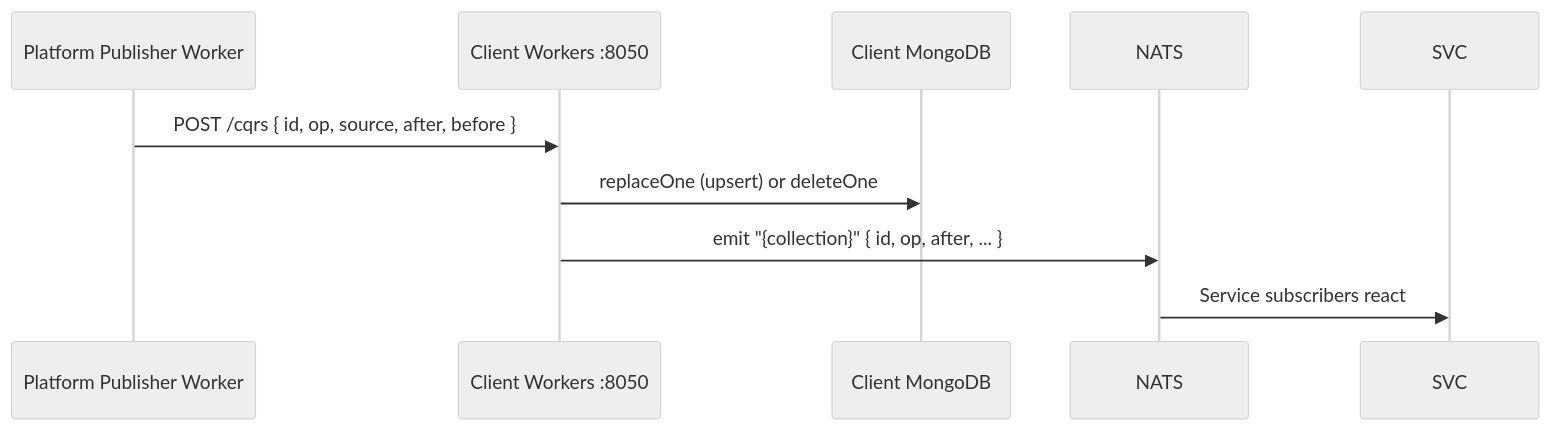
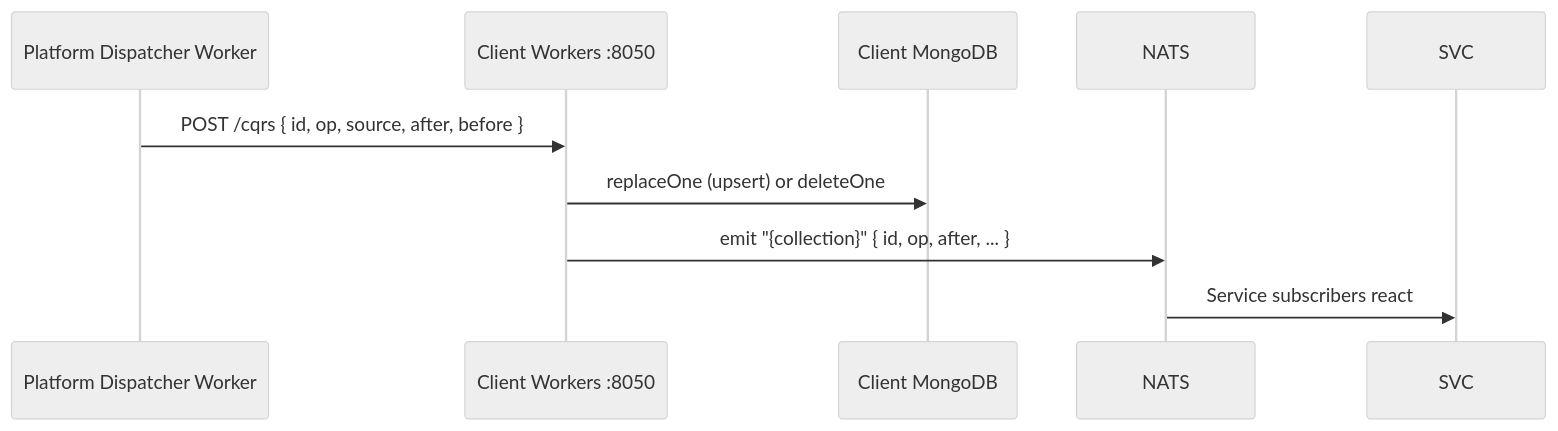
One commit to wenex-org/platform-docs changed the third of 3 diagrams in getting-started/overview/ecosystem/client-app.md. Above: the diagram before and after it, drawn with Mermaid (neutral theme). The commit also changed other lines of this file and 13 other files, not shown here.

````diff
--- a/getting-started/overview/ecosystem/client-app.md
+++ b/getting-started/overview/ecosystem/client-app.md
@@ -95,12 +95,12 @@
 ```mermaid
 sequenceDiagram
-    participant PUB as Platform Publisher Worker
+    participant PUB as Platform Dispatcher Worker
     participant WRK as Client Workers :8050
     participant CDB as Client MongoDB
     participant NATS as NATS
 
     PUB->>WRK: POST /cqrs { id, op, source, after, before }
     WRK->>CDB: replaceOne (upsert) or deleteOne
     WRK->>NATS: emit "{collection}" { id, op, after, ... }
     NATS->>SVC: Service subscribers react
 ```
````
